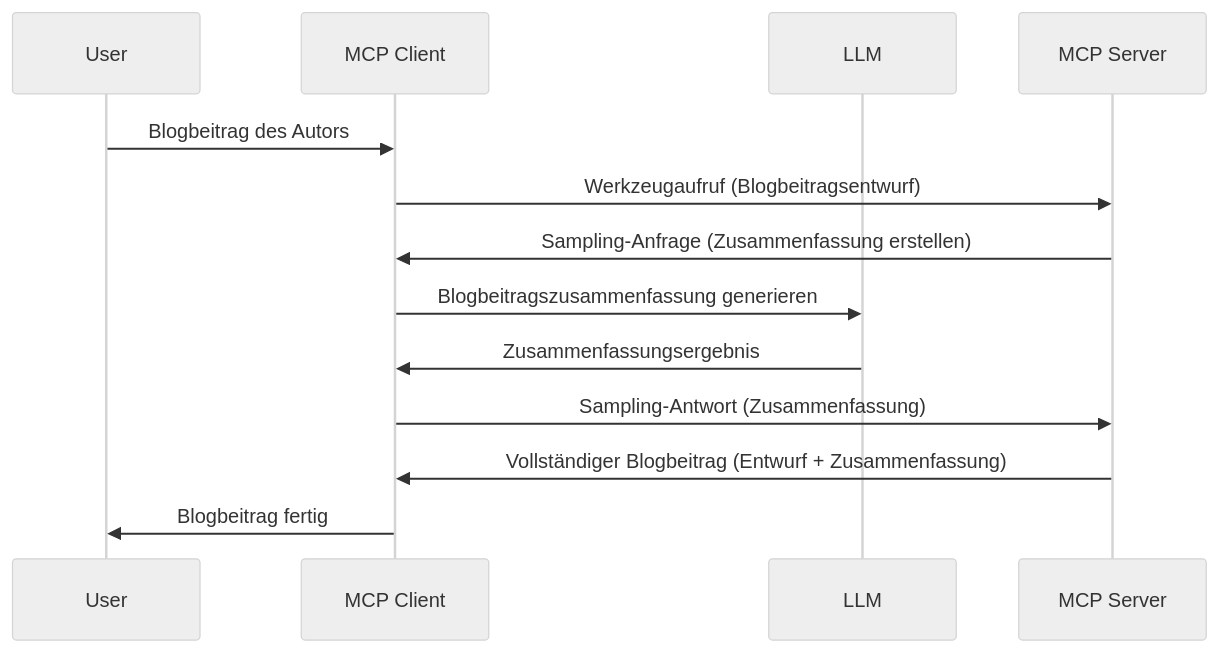
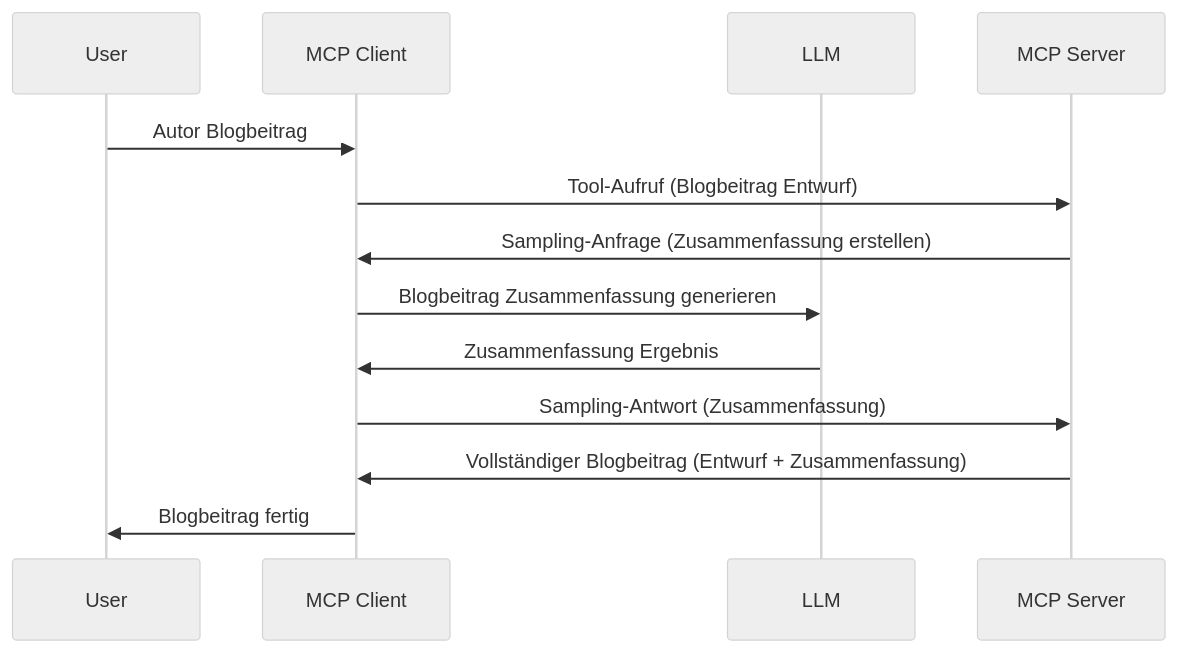
One commit to HIDORAKAI002/ai-workspace-archive changed the diagram in mcp_ecosystem__model_context_protocol/mcp_learning_resources/mcp-for-beginners/translations/de/03-GettingStarted/14-sampling/README.md. Above: the diagram before and after it, drawn with Mermaid (neutral theme). The commit also changed other lines of this file and 5721 other files, not shown here.

Commit message:
chore(sync): update MCP Python SDK, MCP TypeScript SDK, Supabase MCP, Kubernetes MCP Server, Git MCP, MCP Agent, Awesome ChatGPT Prompts, Langfuse, +62 more

````diff
--- a/mcp_ecosystem__model_context_protocol/mcp_learning_resources/mcp-for-beginners/translations/de/03-GettingStarted/14-sampling/README.md
+++ b/mcp_ecosystem__model_context_protocol/mcp_learning_resources/mcp-for-beginners/translations/de/03-GettingStarted/14-sampling/README.md
@@ -25,16 +27,16 @@
 ```mermaid
 sequenceDiagram
     participant User
     participant MCP Client
     participant LLM
     participant MCP Server
 
-    User->>MCP Client: Blogbeitrag des Autors
-    MCP Client->>MCP Server: Werkzeugaufruf (Blogbeitragsentwurf)
+    User->>MCP Client: Autor Blogbeitrag
+    MCP Client->>MCP Server: Tool-Aufruf (Blogbeitrag Entwurf)
     MCP Server->>MCP Client: Sampling-Anfrage (Zusammenfassung erstellen)
-    MCP Client->>LLM: Blogbeitragszusammenfassung generieren
-    LLM->>MCP Client: Zusammenfassungsergebnis
+    MCP Client->>LLM: Blogbeitrag Zusammenfassung generieren
+    LLM->>MCP Client: Zusammenfassung Ergebnis
     MCP Client->>MCP Server: Sampling-Antwort (Zusammenfassung)
     MCP Server->>MCP Client: Vollständiger Blogbeitrag (Entwurf + Zusammenfassung)
     MCP Client->>User: Blogbeitrag fertig
 ```
````
